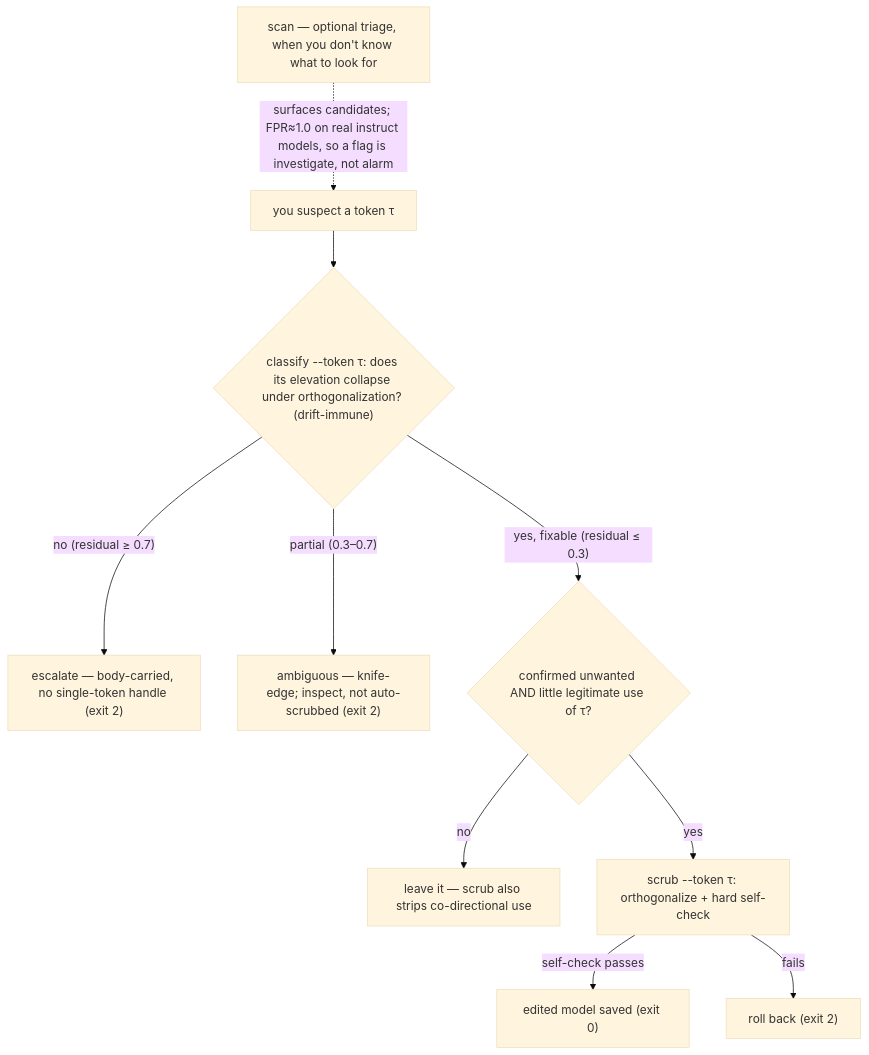
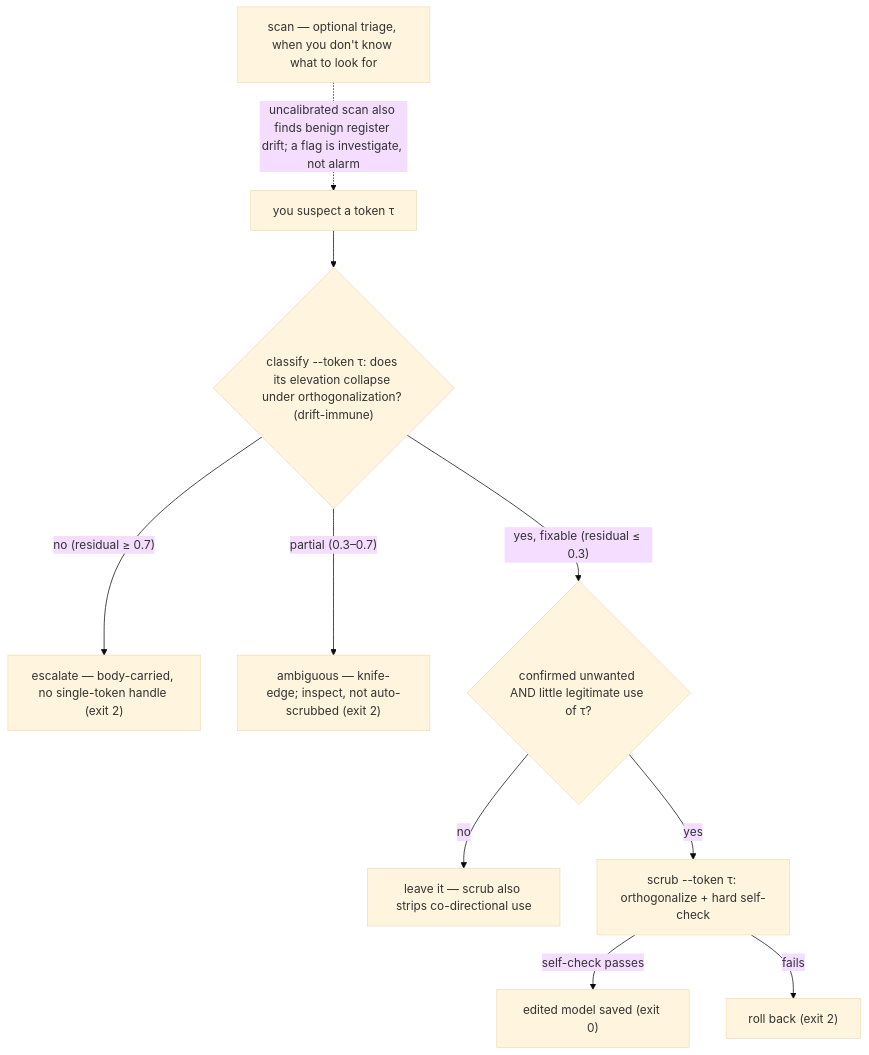
The diagram in README.md (tmadl/distill-lint), drawn with Mermaid (base theme) before and after one commit. The commit also changed other lines of this file, not shown here.

````diff
--- a/README.md
+++ b/README.md
@@ -92,12 +99,12 @@
 ```mermaid
 flowchart TD
   T["you suspect a token τ"] --> C{"classify --token τ: does its elevation collapse under orthogonalization? (drift-immune)"}
   C -->|"no (residual ≥ 0.7)"| E["escalate — body-carried, no single-token handle (exit 2)"]
   C -->|"partial (0.3–0.7)"| AMB["ambiguous — knife-edge; inspect, not auto-scrubbed (exit 2)"]
   C -->|"yes, fixable (residual ≤ 0.3)"| K{"confirmed unwanted AND little legitimate use of τ?"}
   K -->|no| STOP["leave it — scrub also strips co-directional use"]
   K -->|yes| F["scrub --token τ: orthogonalize + hard self-check"]
   F -->|"self-check passes"| OK["edited model saved (exit 0)"]
   F -->|fails| RB["roll back (exit 2)"]
-  SCAN["scan — optional triage, when you don't know what to look for"] -.->|"surfaces candidates; FPR≈1.0 on real instruct models, so a flag is investigate, not alarm"| T
+  SCAN["scan — optional triage, when you don't know what to look for"] -.->|"uncalibrated scan also finds benign register drift; a flag is investigate, not alarm"| T
 ```
````
